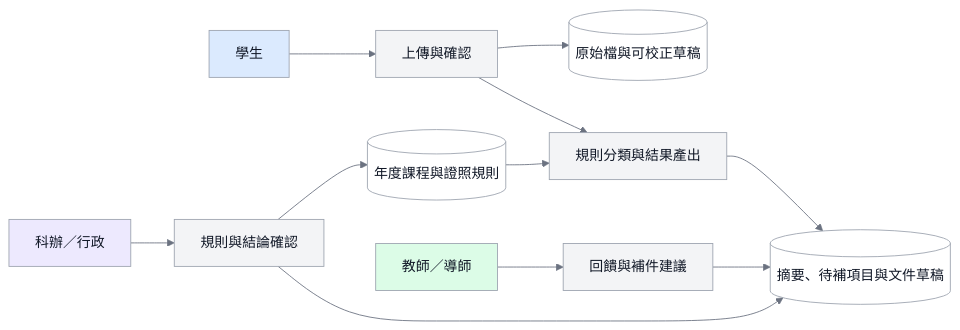
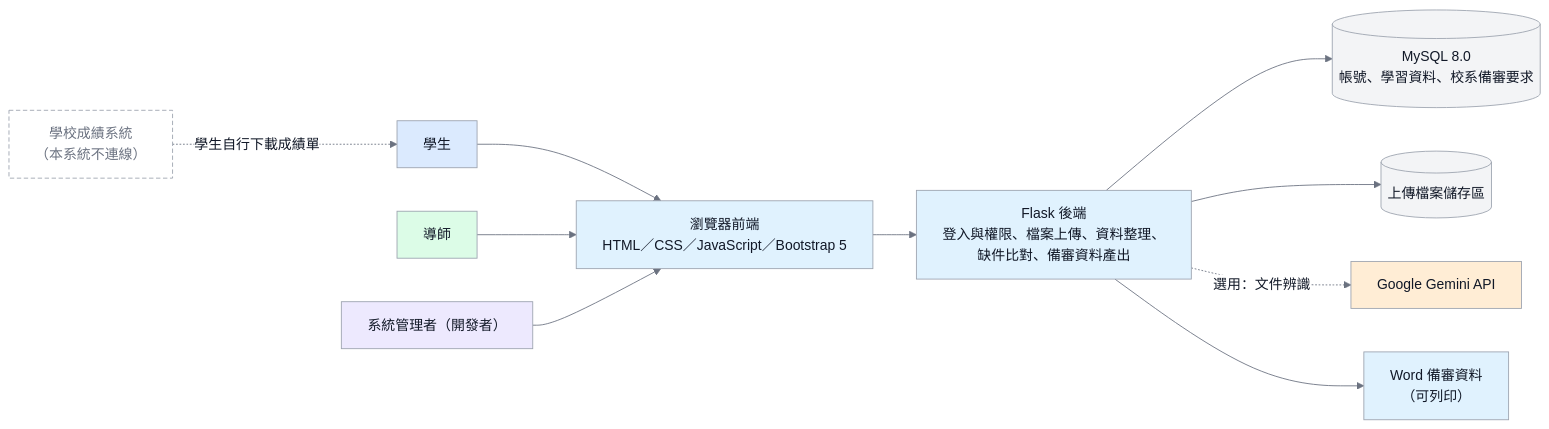
One commit to vujhdcusa/1028 changed the tenth of 13 diagrams in docs/04_圖表與介面/diagrams.md. Above: the diagram before and after it, drawn with Mermaid. The commit also changed other lines of this file and 116 other files, not shown here.

````diff
--- a/docs/04_圖表與介面/diagrams.md
+++ b/docs/04_圖表與介面/diagrams.md
@@ -172,20 +340,28 @@
 ```mermaid
-%%{init: {'theme':'base','themeVariables': {'fontFamily':'Microsoft JhengHei, Noto Sans TC, Arial, sans-serif','primaryColor':'#F3F4F6','primaryTextColor':'#111827','primaryBorderColor':'#9CA3AF','lineColor':'#6B7280','edgeLabelBackground':'#FFFFFF'}}}%%
+%%{init: {'theme':'base','themeVariables': {'fontFamily':'Microsoft JhengHei, Noto Sans TC, Arial, sans-serif','primaryColor':'#F3F4F6','primaryTextColor':'#111827','primaryBorderColor':'#9CA3AF','lineColor':'#6B7280','edgeLabelBackground':'#FFFFFF'},'flowchart':{'wrappingWidth':400}}}%%
 flowchart LR
-    classDef user fill:#DBEAFE,stroke:#9CA3AF,color:#111827,stroke-width:1px;
+    classDef student fill:#DBEAFE,stroke:#9CA3AF,color:#111827,stroke-width:1px;
     classDef teacher fill:#DCFCE7,stroke:#9CA3AF,color:#111827,stroke-width:1px;
-    classDef staff fill:#EDE9FE,stroke:#9CA3AF,color:#111827,stroke-width:1px;
-    classDef process fill:#F3F4F6,stroke:#9CA3AF,color:#111827,stroke-width:1px;
-    classDef store fill:#FFFFFF,stroke:#9CA3AF,color:#111827,stroke-width:1px;
+    classDef admin fill:#EDE9FE,stroke:#9CA3AF,color:#111827,stroke-width:1px;
+    classDef backend fill:#E0F2FE,stroke:#9CA3AF,color:#111827,stroke-width:1px;
+    classDef db fill:#F3F4F6,stroke:#9CA3AF,color:#111827,stroke-width:1px;
+    classDef ai fill:#FFEDD5,stroke:#9CA3AF,color:#111827,stroke-width:1px;
+    classDef external fill:#FFFFFF,stroke:#9CA3AF,color:#6B7280,stroke-width:1px,stroke-dasharray:5 3;
 
-    Student[學生]:::user --> Upload[上傳與確認]:::process
-    Upload --> Files[(原始檔與可校正草稿)]:::store
-    Upload --> Classify[規則分類與結果產出]:::process
-    Rules[(年度課程與證照規則)]:::store --> Classify
-    Classify --> Result[(摘要、待補項目與文件草稿)]:::store
-    Teacher[教師／導師]:::teacher --> Feedback[回饋與補件建議]:::process
-    Feedback --> Result
-    Staff[科辦／行政]:::staff --> Confirm[規則與結論確認]:::process
-    Confirm --> Rules
-    Confirm --> Result
+    School[學校成績系統<br/>（本系統不連線）]:::external
+    Student[學生]:::student
+    Teacher[導師]:::teacher
+    Admin[系統管理者（開發者）]:::admin
+
+    School -. 學生自行下載成績單 .-> Student
+    Student --> UI
+    Teacher --> UI
+    Admin --> UI
+
+    UI[瀏覽器前端<br/>HTML／CSS／JavaScript／Bootstrap 5]:::backend
+    UI --> App[Flask 後端<br/>登入與權限、檔案上傳、資料整理、<br/>缺件比對、備審資料產出]:::backend
+    App --> DB[(MySQL 8.0<br/>帳號、學習資料、校系備審要求)]:::db
+    App --> Files[(上傳檔案儲存區)]:::db
+    App -. 選用：文件辨識 .-> Gemini[Google Gemini API]:::ai
+    App --> Doc[Word 備審資料<br/>（可列印）]:::backend
 ```
````
